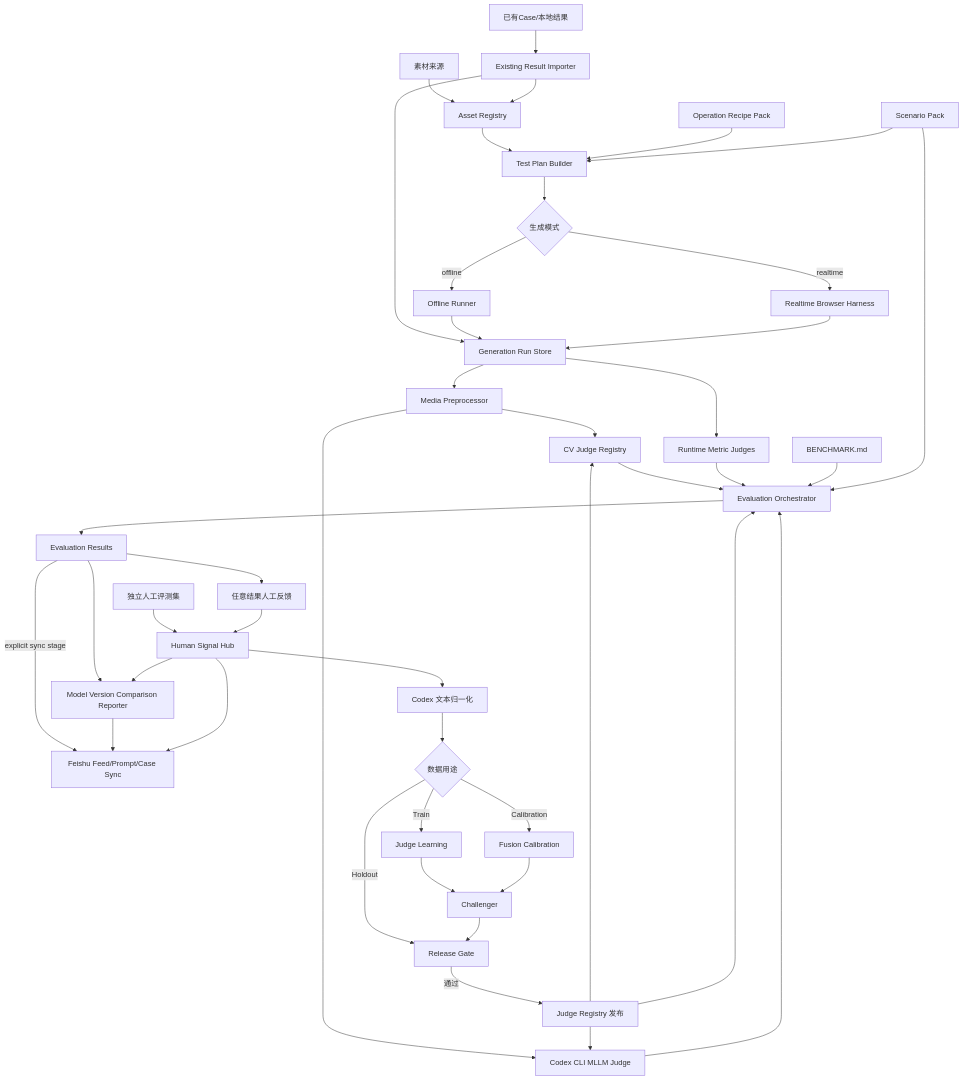
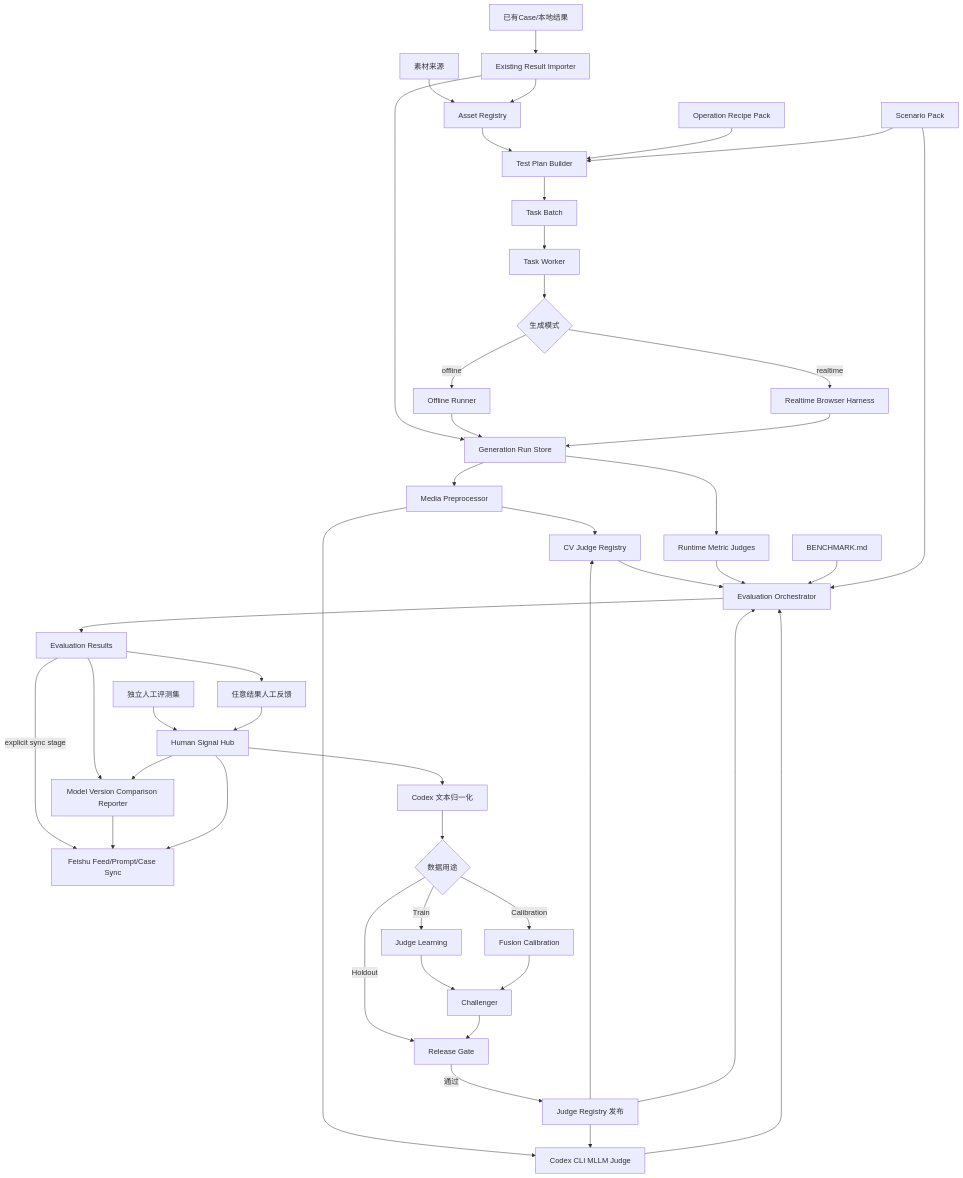
Before and after one commit to TheLibraryMasyaf/Xmax-Model-Benchmark-Test: the diagram in docs/architecture.md, drawn with Mermaid. The commit also changed other lines of this file and 30 other files, not shown here.

````diff
--- a/docs/architecture.md
+++ b/docs/architecture.md
@@ -33,46 +33,48 @@
 ```mermaid
 flowchart TB
     A[素材来源] --> B[Asset Registry]
     AR[已有Case/本地结果] --> AI[Existing Result Importer]
     AI --> B
     AI --> G
     B --> C[Test Plan Builder]
     AB[Operation Recipe Pack] --> C
     Z[Scenario Pack] --> C
-    C --> D{生成模式}
+    C --> TB[Task Batch]
+    TB --> TW[Task Worker]
+    TW --> D{生成模式}
     D -->|offline| E[Offline Runner]
     D -->|realtime| F[Realtime Browser Harness]
     E --> G[Generation Run Store]
     F --> G
     G --> H[Media Preprocessor]
     H --> I[CV Judge Registry]
     H --> J[Codex CLI MLLM Judge]
     G --> K[Runtime Metric Judges]
     I --> L[Evaluation Orchestrator]
     J --> L
     K --> L
     M[BENCHMARK.md] --> L
     Z --> L
     L --> N[Evaluation Results]
     N -->|explicit sync stage| O[Feishu Feed/Prompt/Case Sync]
     N --> AA[Model Version Comparison Reporter]
     AA --> O
 
     P[独立人工评测集] --> Q[Human Signal Hub]
     N --> R[任意结果人工反馈]
     R --> Q
     Q --> S[Codex 文本归一化]
     S --> T{数据用途}
     T -->|Train| U[Judge Learning]
     T -->|Calibration| V[Fusion Calibration]
     T -->|Holdout| W[Release Gate]
     U --> X[Challenger]
     V --> X
     X --> W
     W -->|通过| Y[Judge Registry 发布]
     Y --> I
     Y --> J
     Y --> L
     Q --> O
     Q --> AA
 ```
````
